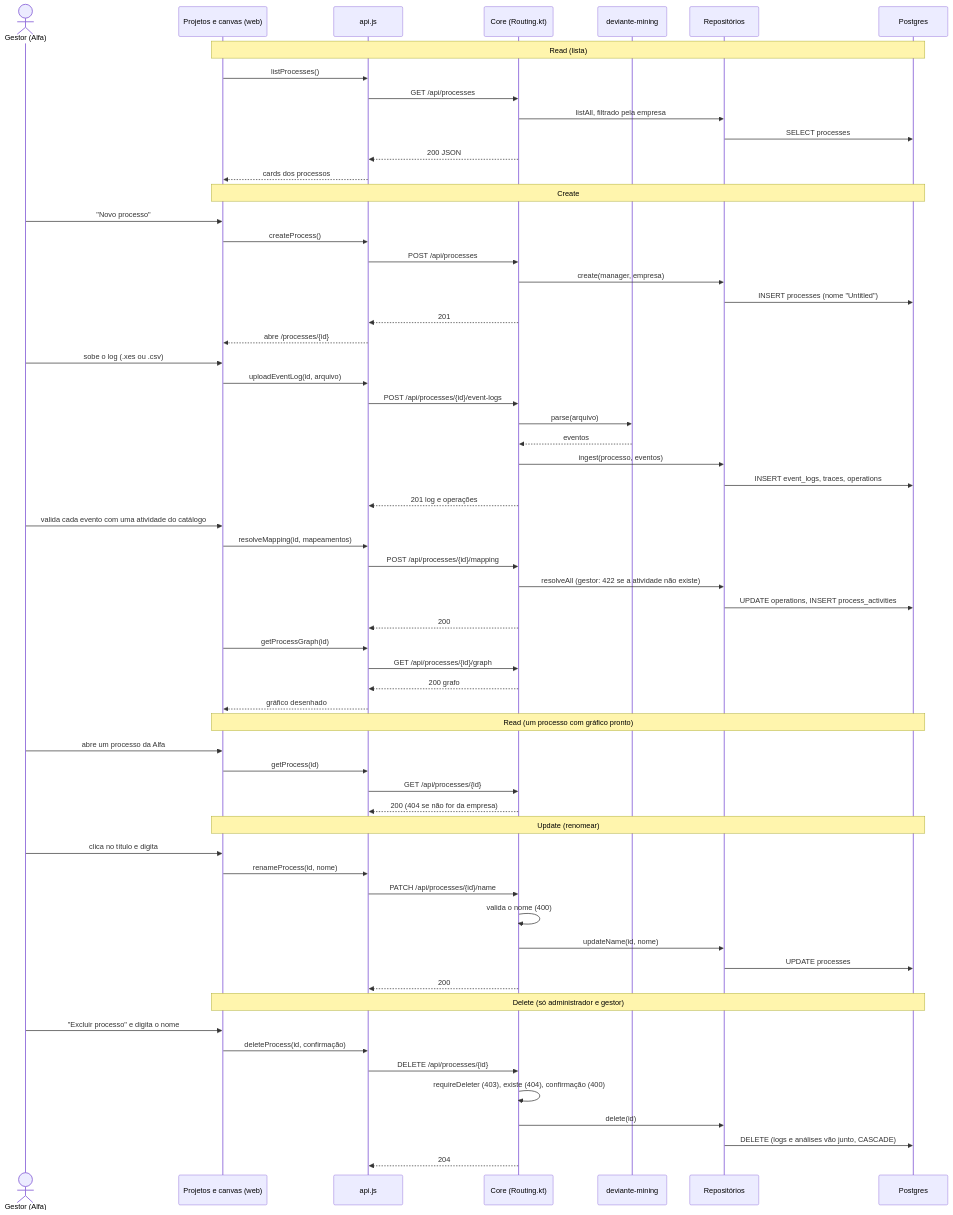
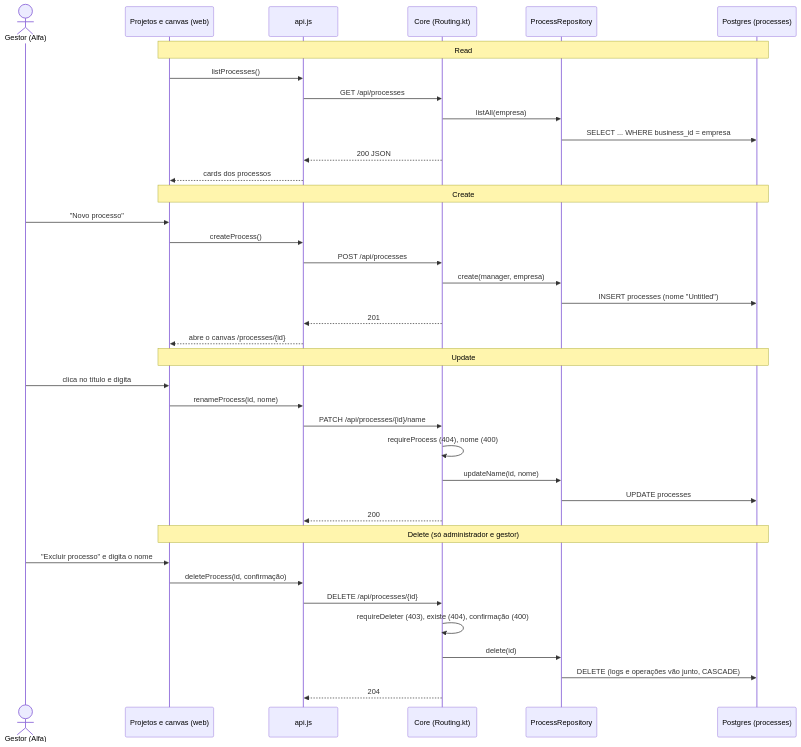
The first of 2 diagrams in Desenvolvimento Orientado a Reuso/defesa/roteiro-alander.md (aland3r/deviante-docs), drawn with Mermaid before and after one commit. The commit also changed other lines of this file and 1 other file, not shown here.

First line of the commit message:
Roteiro do Alander enxuto: sem autenticação, CRUD de Processo e de Operações do log como Gestor

````diff
--- a/Desenvolvimento Orientado a Reuso/defesa/roteiro-alander.md
+++ b/Desenvolvimento Orientado a Reuso/defesa/roteiro-alander.md
@@ -62,64 +11,40 @@
 ```mermaid
 sequenceDiagram
     actor G as Gestor (Alfa)
     participant P as Projetos e canvas (web)
     participant A as api.js
     participant C as Core (Routing.kt)
-    participant M as deviante-mining
-    participant R as Repositórios
-    participant DB as Postgres
-    Note over P,DB: Read (lista)
+    participant R as ProcessRepository
+    participant DB as Postgres (processes)
+    Note over P,DB: Read
     P->>A: listProcesses()
     A->>C: GET /api/processes
-    C->>R: listAll, filtrado pela empresa
-    R->>DB: SELECT processes
+    C->>R: listAll(empresa)
+    R->>DB: SELECT ... WHERE business_id = empresa
     C-->>A: 200 JSON
     A-->>P: cards dos processos
     Note over P,DB: Create
     G->>P: "Novo processo"
     P->>A: createProcess()
     A->>C: POST /api/processes
     C->>R: create(manager, empresa)
     R->>DB: INSERT processes (nome "Untitled")
     C-->>A: 201
-    A-->>P: abre /processes/{id}
-    G->>P: sobe o log (.xes ou .csv)
-    P->>A: uploadEventLog(id, arquivo)
-    A->>C: POST /api/processes/{id}/event-logs
-    C->>M: parse(arquivo)
-    M-->>C: eventos
-    C->>R: ingest(processo, eventos)
-    R->>DB: INSERT event_logs, traces, operations
-    C-->>A: 201 log e operações
-    G->>P: valida cada evento com uma atividade do catálogo
-    P->>A: resolveMapping(id, mapeamentos)
-    A->>C: POST /api/processes/{id}/mapping
-    C->>R: resolveAll (gestor: 422 se a atividade não existe)
-    R->>DB: UPDATE operations, INSERT process_activities
-    C-->>A: 200
-    P->>A: getProcessGraph(id)
-    A->>C: GET /api/processes/{id}/graph
-    C-->>A: 200 grafo
-    A-->>P: gráfico desenhado
-    Note over P,DB: Read (um processo com gráfico pronto)
-    G->>P: abre um processo da Alfa
-    P->>A: getProcess(id)
-    A->>C: GET /api/processes/{id}
-    C-->>A: 200 (404 se não for da empresa)
-    Note over P,DB: Update (renomear)
+    A-->>P: abre o canvas /processes/{id}
+    Note over P,DB: Update
     G->>P: clica no título e digita
     P->>A: renameProcess(id, nome)
     A->>C: PATCH /api/processes/{id}/name
-    C->>C: valida o nome (400)
+    C->>C: requireProcess (404), nome (400)
     C->>R: updateName(id, nome)
     R->>DB: UPDATE processes
     C-->>A: 200
     Note over P,DB: Delete (só administrador e gestor)
     G->>P: "Excluir processo" e digita o nome
     P->>A: deleteProcess(id, confirmação)
     A->>C: DELETE /api/processes/{id}
     C->>C: requireDeleter (403), existe (404), confirmação (400)
     C->>R: delete(id)
-    R->>DB: DELETE (logs e análises vão junto, CASCADE)
+    R->>DB: DELETE (logs e operações vão junto, CASCADE)
     C-->>A: 204
 ```
````
